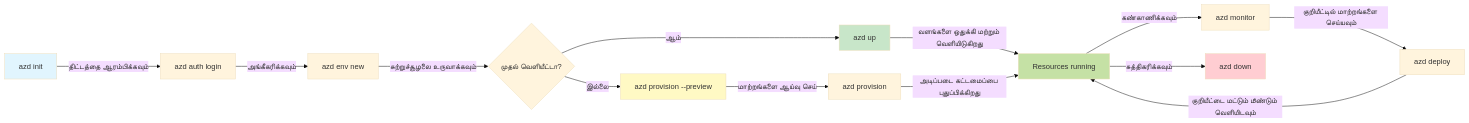
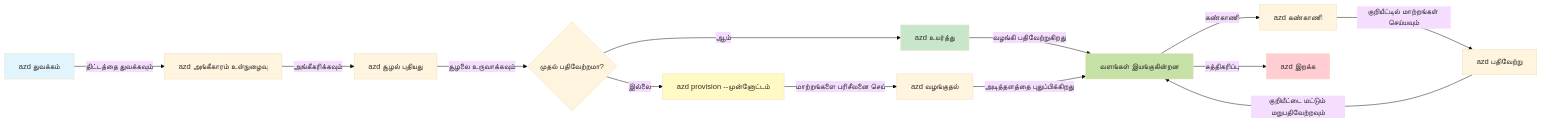
The first of 2 diagrams in translations/ta/docs/chapter-01-foundation/azd-basics.md (microsoft/AZD-for-beginners), drawn with Mermaid (base theme) before and after one commit. The commit also changed other lines of this file and 101 other files, not shown here.

````diff
--- a/translations/ta/docs/chapter-01-foundation/azd-basics.md
+++ b/translations/ta/docs/chapter-01-foundation/azd-basics.md
@@ -254,21 +269,21 @@
 ```mermaid
 graph LR
-    A[azd init] -->|திட்டத்தை ஆரம்பிக்கவும்| B[azd auth login]
-    B -->|அங்கீகரிக்கவும்| C[azd env new]
-    C -->|சுற்றுச்சூழலை உருவாக்கவும்| D{முதல் வெளியீட்டா?}
-    D -->|ஆம்| E[azd up]
-    D -->|இல்லை| F[azd provision --preview]
-    F -->|மாற்றங்களை ஆய்வு செய்| G[azd provision]
-    E -->|வளங்களை ஒதுக்கி மற்றும் வெளியிடுகிறது| H[Resources running]
-    G -->|அடிப்படை கட்டமைப்பை புதுப்பிக்கிறது| H
-    H -->|கண்காணிக்கவும்| I[azd monitor]
-    I -->|குறியீட்டில் மாற்றங்களை செய்யவும்| J[azd deploy]
-    J -->|குறியீட்டை மட்டும் மீண்டும் வெளியிடவும்| H
-    H -->|சுத்திகரிக்கவும்| K[azd down]
+    A[azd துவக்கம்] -->|திட்டத்தை துவக்கவும்| B[azd அங்கீகாரம் உள்நுழைவு]
+    B -->|அங்கீகரிக்கவும்| C[azd சூழல் புதியது]
+    C -->|சூழலை உருவாக்கவும்| D{முதல் பதிவேற்றமா?}
+    D -->|ஆம்| E[azd உயர்த்து]
+    D -->|இல்லை| F[azd provision --முன்னோட்டம்]
+    F -->|மாற்றங்களை பரிசீலனை செய்| G[azd வழங்குதல்]
+    E -->|வழங்கி பதிவேற்றுகிறது| H[வளங்கள் இயங்குகின்றன]
+    G -->|அடித்தளத்தை புதுப்பிக்கிறது| H
+    H -->|கண்காணி| I[azd கண்காணி]
+    I -->|குறியீட்டில் மாற்றங்கள் செய்யவும்| J[azd பதிவேற்று]
+    J -->|குறியீட்டை மட்டும் மறுபதிவேற்றவும்| H
+    H -->|சுத்திகரிப்பு| K[azd இறக்க]
     
     style A fill:#e1f5fe
     style E fill:#c8e6c9
     style F fill:#fff9c4
     style H fill:#c5e1a5
     style K fill:#ffcdd2
 ```
````
